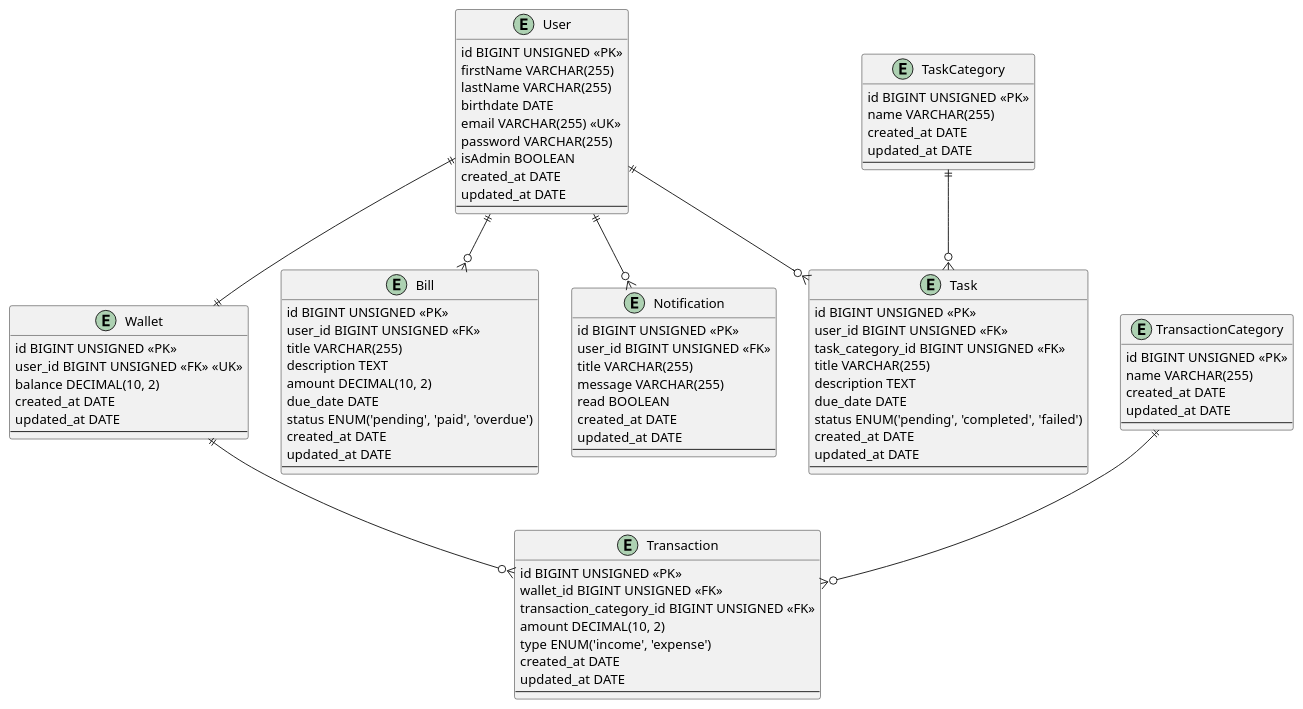
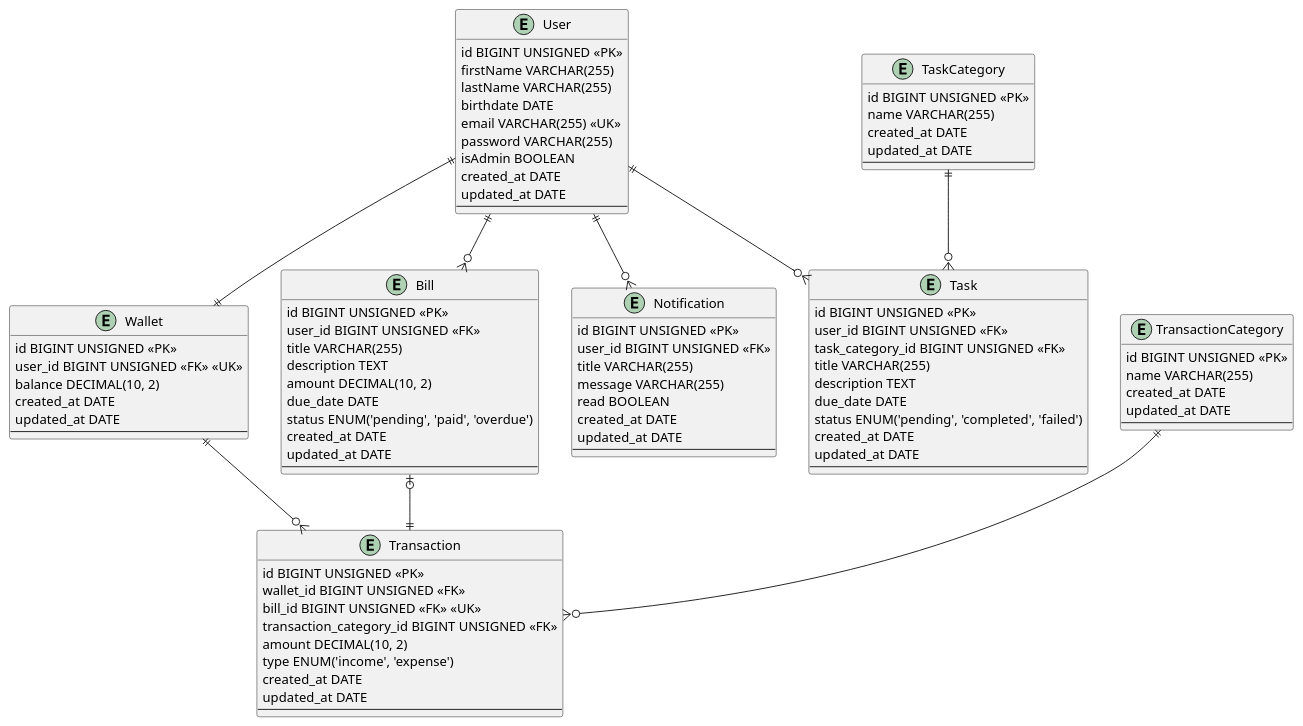
The diagram in database/design/der.plantuml (augusto-dmh/your-guardian), drawn with PlantUML before and after one commit. The commit also changed 6 other files, not shown here.

First line of the commit message:
feat: bill transaction relationship

```diff
--- a/database/design/der.plantuml
+++ b/database/design/der.plantuml
@@ -1,98 +1,100 @@
 @startuml DER
 
 entity User {
     id BIGINT UNSIGNED <<PK>>
     firstName VARCHAR(255)
     lastName VARCHAR(255)
     birthdate DATE
     email VARCHAR(255) <<UK>>
     password VARCHAR(255)
     isAdmin BOOLEAN
     created_at DATE
     updated_at DATE
     --
 }
 
 entity Wallet {
     id BIGINT UNSIGNED <<PK>>
     user_id BIGINT UNSIGNED <<FK>> <<UK>>
     balance DECIMAL(10, 2)
     created_at DATE
     updated_at DATE
     --
 }
 
 entity Transaction {
     id BIGINT UNSIGNED <<PK>>
     wallet_id BIGINT UNSIGNED <<FK>>
+    bill_id BIGINT UNSIGNED <<FK>> <<UK>>
     transaction_category_id BIGINT UNSIGNED <<FK>>
     amount DECIMAL(10, 2)
     type ENUM('income', 'expense')
     created_at DATE
     updated_at DATE
     --
 }
 
 entity Bill {
     id BIGINT UNSIGNED <<PK>>
     user_id BIGINT UNSIGNED <<FK>>
     title VARCHAR(255)
     description TEXT
     amount DECIMAL(10, 2)
     due_date DATE
     status ENUM('pending', 'paid', 'overdue')
     created_at DATE
     updated_at DATE
     --
 }
 
 entity Notification {
     id BIGINT UNSIGNED <<PK>>
     user_id BIGINT UNSIGNED <<FK>>
     title VARCHAR(255)
     message VARCHAR(255)
     read BOOLEAN
     created_at DATE
     updated_at DATE
     --
 }
 
 entity Task {
     id BIGINT UNSIGNED <<PK>>
     user_id BIGINT UNSIGNED <<FK>>
     task_category_id BIGINT UNSIGNED <<FK>>
     title VARCHAR(255)
     description TEXT
     due_date DATE
     status ENUM('pending', 'completed', 'failed')
     created_at DATE
     updated_at DATE
     --
 }
 
 entity TransactionCategory {
     id BIGINT UNSIGNED <<PK>>
     name VARCHAR(255)
     created_at DATE
     updated_at DATE
     --
 }
 
 entity TaskCategory {
     id BIGINT UNSIGNED <<PK>>
     name VARCHAR(255)
     created_at DATE
     updated_at DATE
     --
 }
 
 
 User ||--|| Wallet
 Wallet ||--o{ Transaction
 User ||--o{ Bill
 User ||--o{ Notification
 User ||--o{ Task
 TaskCategory ||--o{ Task
 TransactionCategory ||--o{ Transaction
+Bill |o--|| Transaction
 
 @enduml
```
